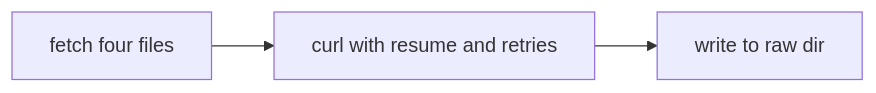
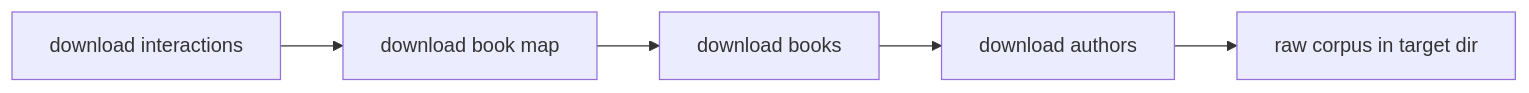
The second of 4 diagrams in docs/3_WORKFLOWS.md (cptntrps/bookmatch), drawn with Mermaid before and after one commit. The commit also changed other lines of this file and 5 other files, not shown here.

````diff
--- a/docs/3_WORKFLOWS.md
+++ b/docs/3_WORKFLOWS.md
@@ -64,5 +71,7 @@
 ```mermaid
 graph LR
-    A[fetch four files] --> B[curl with resume and retries]
-    B --> C[write to raw dir]
+    A[download interactions] --> B[download book map]
+    B --> C[download books]
+    C --> D[download authors]
+    D --> E[raw corpus in target dir]
 ```
````
